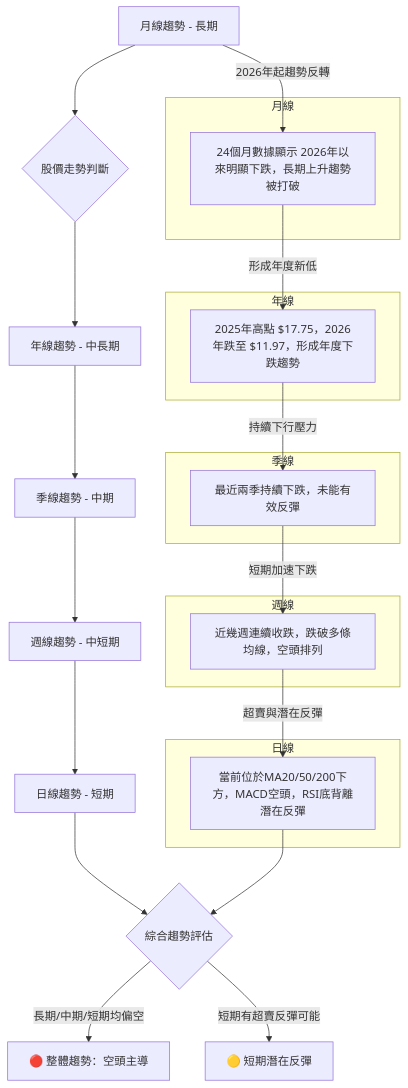
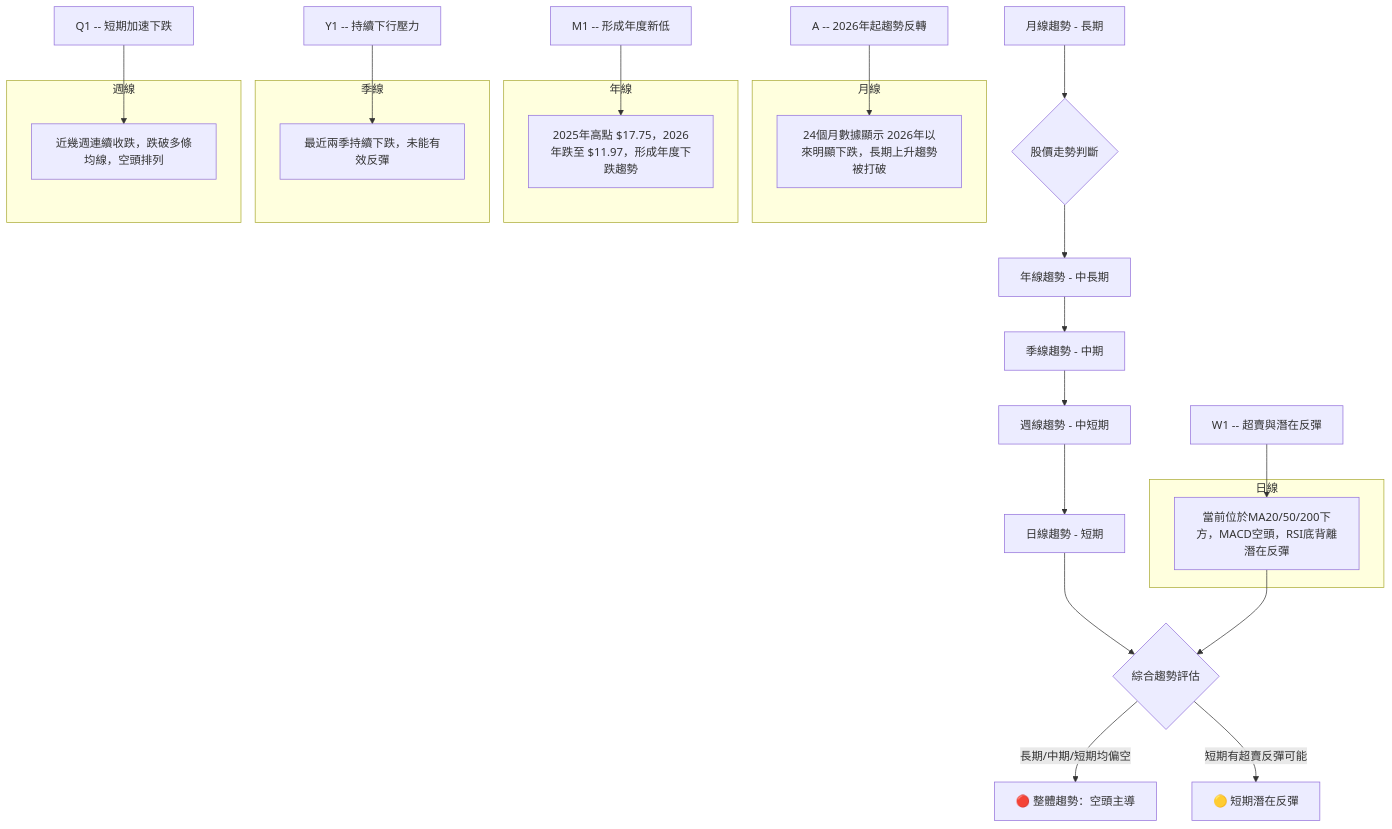
The second of 9 diagrams in ai_gen_report/stock/nu/technical_analysis_2026-06-06_gemini.md (yennanliu/finance_data), drawn with Mermaid before and after one commit. The commit also changed other lines of this file and 2258 other files, not shown here.

First line of the commit message:
chore: backfill Mermaid syntax repair across existing reports

````diff
--- a/ai_gen_report/stock/nu/technical_analysis_2026-06-06_gemini.md
+++ b/ai_gen_report/stock/nu/technical_analysis_2026-06-06_gemini.md
@@ -132,35 +132,35 @@
 ```mermaid
 graph TD
-    A[月線趨勢 - 長期] --> B{股價走勢判斷}
-    B --> C[年線趨勢 - 中長期]
-    C --> D[季線趨勢 - 中期]
-    D --> E[週線趨勢 - 中短期]
-    E --> F[日線趨勢 - 短期]
-    F --> G{綜合趨勢評估}
+    A["月線趨勢 - 長期"] --> B{"股價走勢判斷"}
+    B --> C["年線趨勢 - 中長期"]
+    C --> D["季線趨勢 - 中期"]
+    D --> E["週線趨勢 - 中短期"]
+    E --> F["日線趨勢 - 短期"]
+    F --> G{"綜合趨勢評估"}
 
-    subgraph Monthly [月線]
+    subgraph Monthly ["月線"]
         M1["24個月數據顯示 2026年以來明顯下跌，長期上升趨勢被打破"]
     end
-    subgraph Yearly [年線]
+    subgraph Yearly ["年線"]
         Y1["2025年高點 $17.75，2026年跌至 $11.97，形成年度下跌趨勢"]
     end
-    subgraph Quarterly [季線]
+    subgraph Quarterly ["季線"]
         Q1["最近兩季持續下跌，未能有效反彈"]
     end
-    subgraph Weekly [週線]
+    subgraph Weekly ["週線"]
         W1["近幾週連續收跌，跌破多條均線，空頭排列"]
     end
-    subgraph Daily [日線]
+    subgraph Daily ["日線"]
         D1["當前位於MA20/50/200下方，MACD空頭，RSI底背離潛在反彈"]
     end
 
-    A -- "2026年起趨勢反轉" --> M1
-    M1 -- "形成年度新低" --> Y1
-    Y1 -- "持續下行壓力" --> Q1
-    Q1 -- "短期加速下跌" --> W1
-    W1 -- "超賣與潛在反彈" --> D1
+    nb1["A -- "2026年起趨勢反轉""] --> M1
+    nb2["M1 -- "形成年度新低""] --> Y1
+    nb3["Y1 -- "持續下行壓力""] --> Q1
+    nb4["Q1 -- "短期加速下跌""] --> W1
+    nb5["W1 -- "超賣與潛在反彈""] --> D1
     D1 --> G
 
-    G -- "長期/中期/短期均偏空" --> H[🔴 整體趨勢：空頭主導]
-    G -- "短期有超賣反彈可能" --> I[🟡 短期潛在反彈]
+    G -- "長期/中期/短期均偏空" --> H["🔴 整體趨勢：空頭主導"]
+    G -- "短期有超賣反彈可能" --> I["🟡 短期潛在反彈"]
 ```
````
